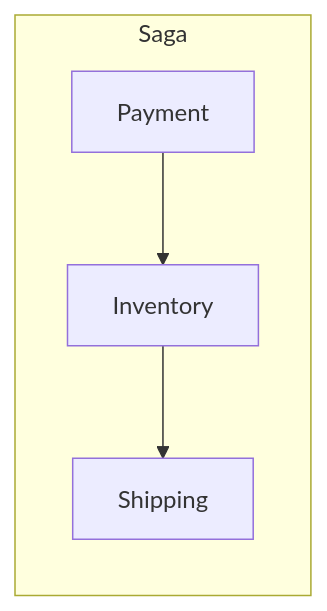
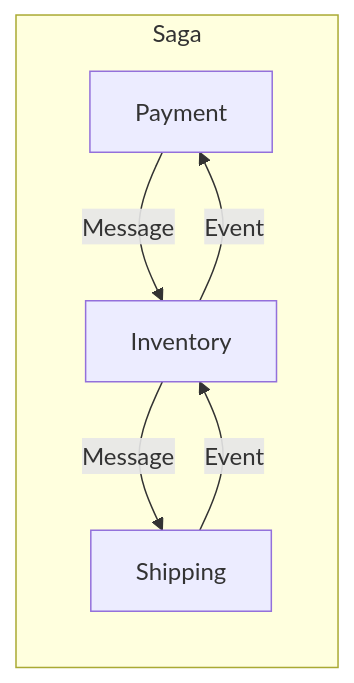
The first of 3 diagrams in task7/README.md (Ozenkol/SystemDesign_Mid), drawn with Mermaid before and after one commit. The commit also changed other lines of this file, not shown here.

````diff
--- a/task7/README.md
+++ b/task7/README.md
@@ -4,6 +6,7 @@
 ``` mermaid
 flowchart LR;
     subgraph Saga
-    Payment --> Inventory --> Shipping
+    Payment --Message--> Inventory --Message--> Shipping
+    Shipping --Event--> Inventory --Event--> Payment
     end
 ```
````
